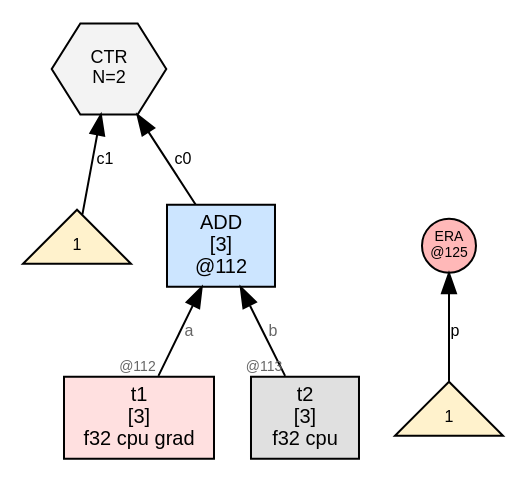
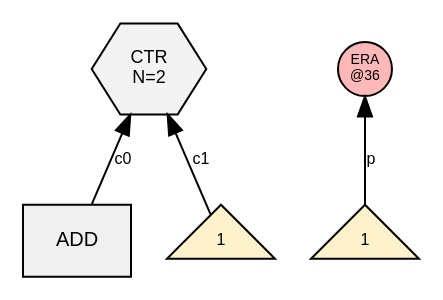
Before and after one commit to sw1sh/TinyHVM: the diagram in wl/examples/thvm_graphs/grad_rules/add/thvm_1_post_reduce.dot, drawn with Graphviz. The commit also changed 309 other files, not shown here.

First line of the commit message:
grad: GRAD_MODE_PAIR emits CTR{forward, backward}; step trace skips FUSE

```diff
--- a/wl/examples/thvm_graphs/grad_rules/add/thvm_1_post_reduce.dot
+++ b/wl/examples/thvm_graphs/grad_rules/add/thvm_1_post_reduce.dot
@@ -1,18 +1,14 @@
 digraph G {
   rankdir=BT;
   node [fontname="Helvetica", fontsize=10, style=filled, shape=box, margin="0.1,0.05"];
   edge [fontsize=8, fontname="Helvetica"];
 
-  n112 [label="ADD\n[3]\n@112", shape=box, fillcolor="#cce5ff"];
-  t1 [label="t1\n[3]\nf32 cpu grad",shape=box,fillcolor="#ffe0e0"];
-  t1 -> n112 [label="a",taillabel="@112",labelfontsize=7,fontcolor="#666666"];
-  t2 [label="t2\n[3]\nf32 cpu",shape=box,fillcolor="#e0e0e0"];
-  t2 -> n112 [label="b",taillabel="@113",labelfontsize=7,fontcolor="#666666"];
-  ctr109 [label="CTR\nN=2", shape=hexagon, fillcolor="#f3f3f3", fontsize=9];
-  n112 -> ctr109 [label="c0"];
-  num_ctr109_110 [label="1",shape=triangle,fillcolor="#fff2cc",fontsize=8];
-  num_ctr109_110 -> ctr109 [label="c1"];
-  era125 [label="ERA\n@125",shape=circle,width=0.38,height=0.38,fixedsize=true,fillcolor="#ffb8b8",fontsize=7];
-  num_era125 [label="1",shape=triangle,fillcolor="#fff2cc",fontsize=8];
-  num_era125 -> era125 [label="p"];
+  ctr33 [label="CTR\nN=2", shape=hexagon, fillcolor="#f3f3f3", fontsize=9];
+  n23 [label="ADD", shape=box, fillcolor="#f0f0f0"];
+  n23 -> ctr33 [label="c0"];
+  num_ctr33_34 [label="1",shape=triangle,fillcolor="#fff2cc",fontsize=8];
+  num_ctr33_34 -> ctr33 [label="c1"];
+  era36 [label="ERA\n@36",shape=circle,width=0.38,height=0.38,fixedsize=true,fillcolor="#ffb8b8",fontsize=7];
+  num_era36 [label="1",shape=triangle,fillcolor="#fff2cc",fontsize=8];
+  num_era36 -> era36 [label="p"];
 }
```
